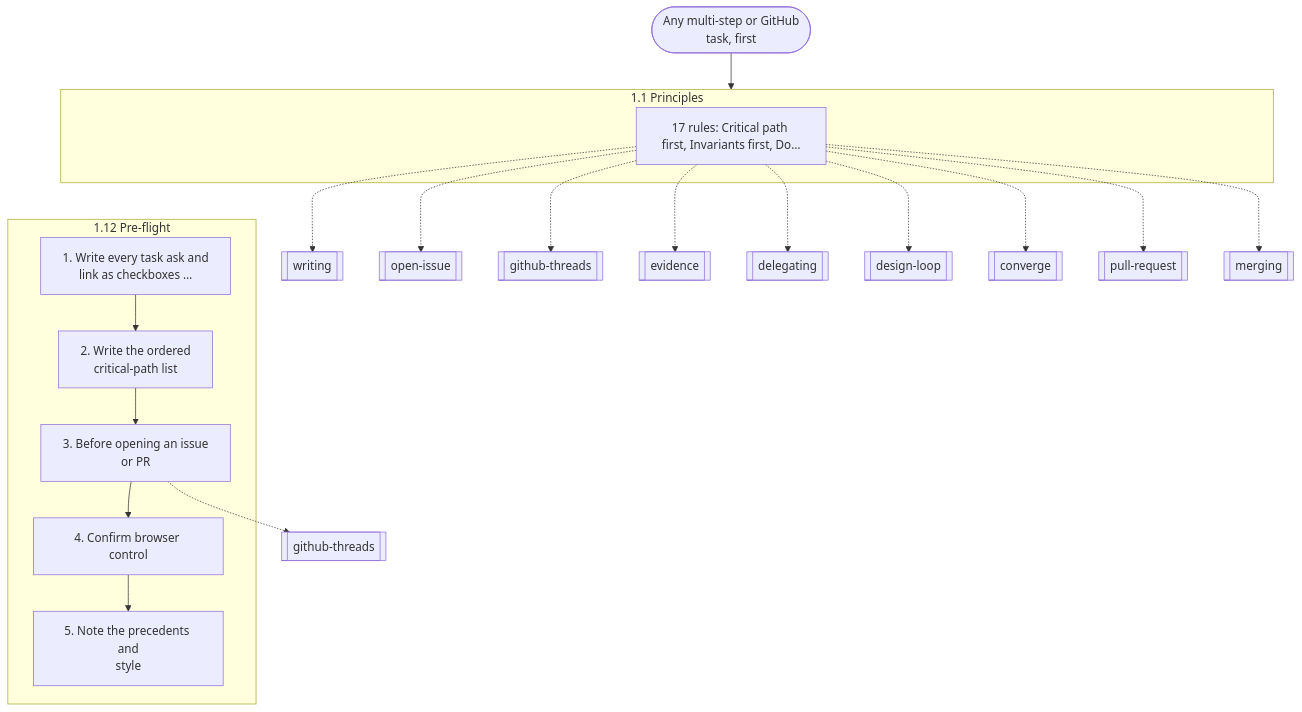
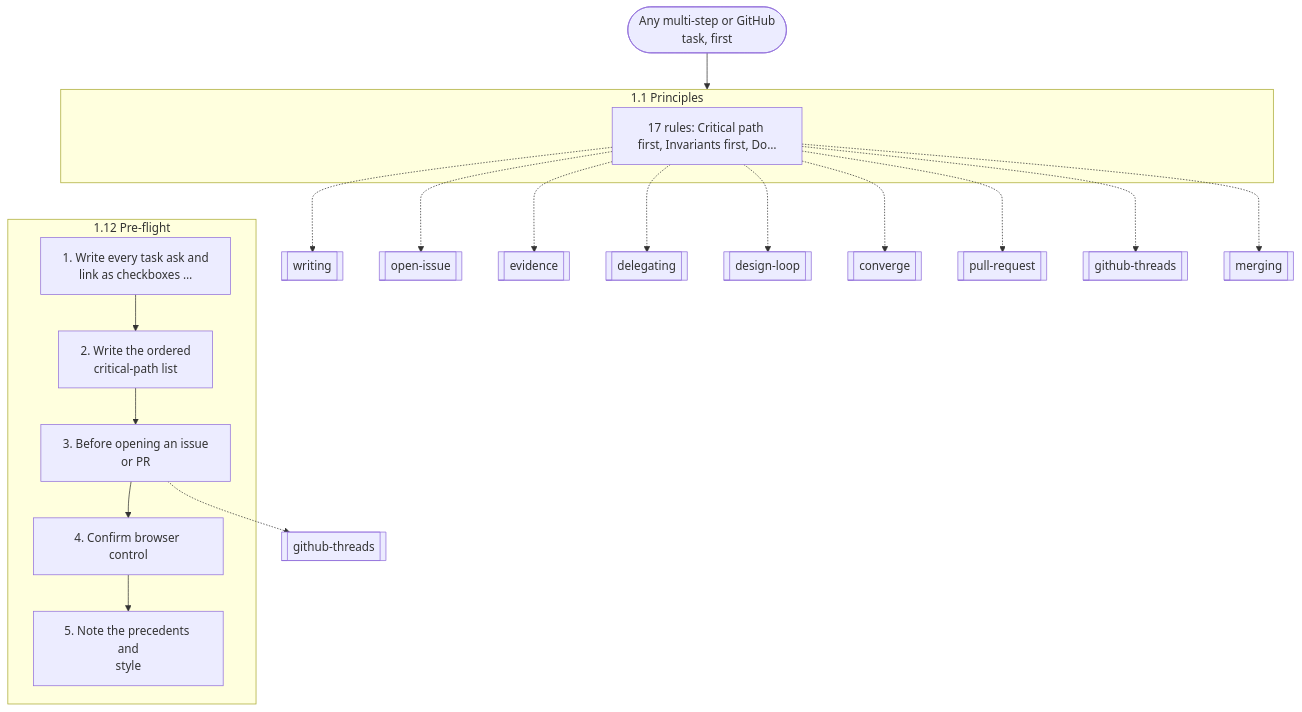
Before and after one commit to nitedani-agent/mergeworthy: the first of 18 diagrams in docs/graphs.md, drawn with Mermaid. The commit also changed other lines of this file and 4 other files, not shown here.

````diff
--- a/docs/graphs.md
+++ b/docs/graphs.md
@@ -32,30 +32,30 @@
 ```mermaid
 flowchart TB
   start(["Any multi-step or GitHub<br/>task, first"])
   subgraph g0["1.1 Principles"]
     s0["17 rules: Critical path first, Invariants first, Do…"]
   end
   s0 -.-> r1[["writing"]]
   s0 -.-> r2[["open-issue"]]
-  s0 -.-> r3[["github-threads"]]
-  s0 -.-> r4[["evidence"]]
-  s0 -.-> r5[["delegating"]]
-  s0 -.-> r6[["design-loop"]]
-  s0 -.-> r7[["converge"]]
-  s0 -.-> r8[["pull-request"]]
+  s0 -.-> r3[["evidence"]]
+  s0 -.-> r4[["delegating"]]
+  s0 -.-> r5[["design-loop"]]
+  s0 -.-> r6[["converge"]]
+  s0 -.-> r7[["pull-request"]]
+  s0 -.-> r8[["github-threads"]]
   s0 -.-> r9[["merging"]]
   subgraph g1["1.12 Pre-flight"]
     s1["1. Write every task ask and<br/>link as checkboxes …"]
     s2["2. Write the ordered<br/>critical-path list"]
     s1 --> s2
     s3["3. Before opening an issue<br/>or PR"]
     s2 --> s3
     s4["4. Confirm browser control"]
     s3 --> s4
     s5["5. Note the precedents and<br/>style"]
     s4 --> s5
   end
   s3 -.-> r10[["github-threads"]]
   start --> g0
   g0 ~~~ g1
 ```
````
